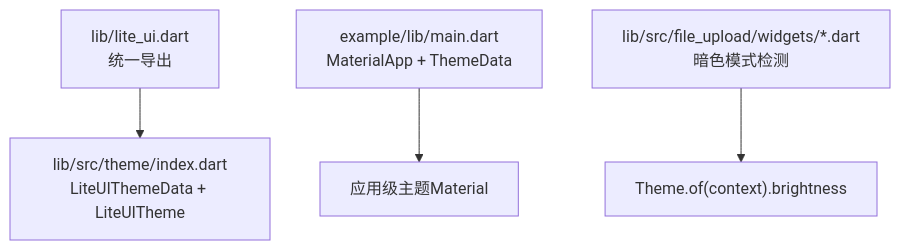
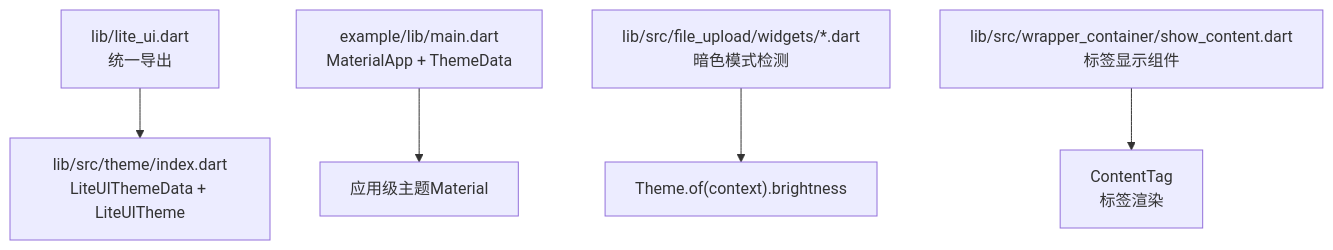
One commit to yuzhido/lite-ui changed the first of 4 diagrams in .qoder/repowiki/zh/content/API 参考/主题系统 API.md. Above: the diagram before and after it, drawn with Mermaid. The commit also changed other lines of this file and 37 other files, not shown here.

````diff
--- a/.qoder/repowiki/zh/content/API 参考/主题系统 API.md
+++ b/.qoder/repowiki/zh/content/API 参考/主题系统 API.md
@@ -32,6 +43,7 @@
 ```mermaid
 graph TB
 A["lib/lite_ui.dart<br/>统一导出"] --> B["lib/src/theme/index.dart<br/>LiteUIThemeData + LiteUITheme"]
 C["example/lib/main.dart<br/>MaterialApp + ThemeData"] --> D["应用级主题Material"]
 E["lib/src/file_upload/widgets/*.dart<br/>暗色模式检测"] --> F["Theme.of(context).brightness"]
+G["lib/src/wrapper_container/show_content.dart<br/>标签显示组件"] --> H["ContentTag<br/>标签渲染"]
 ```
````
